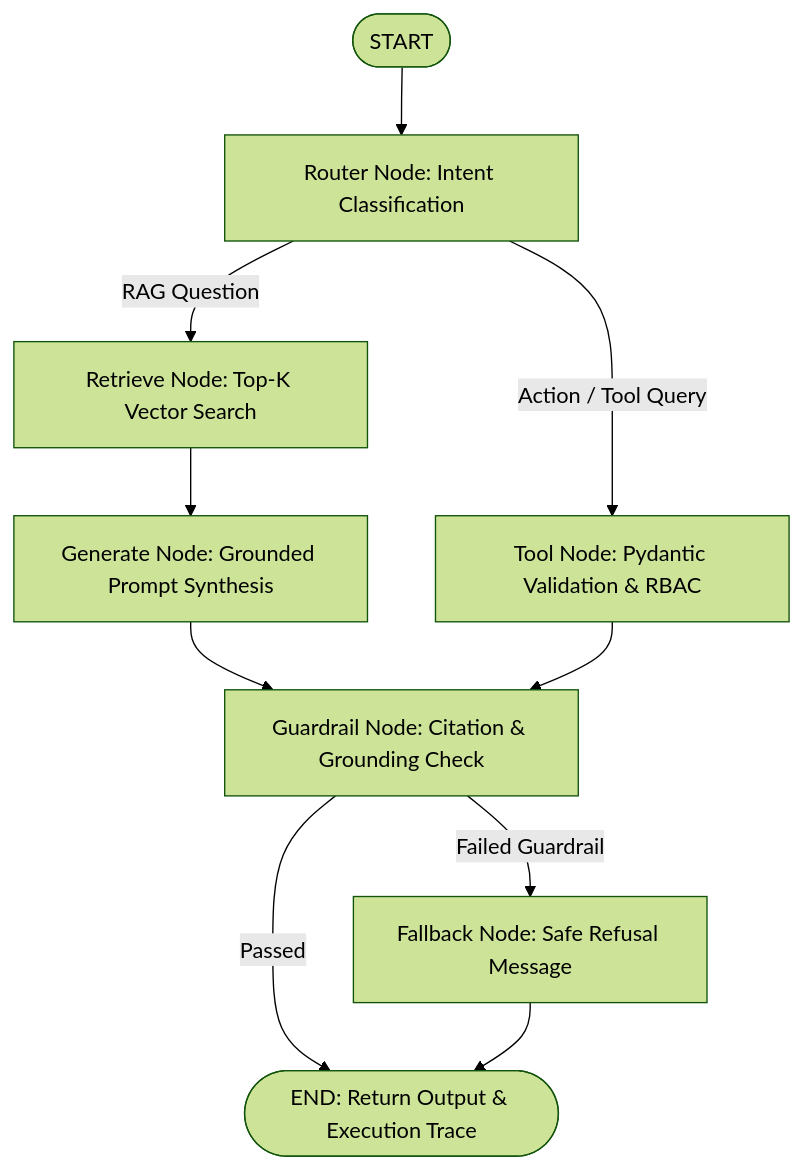
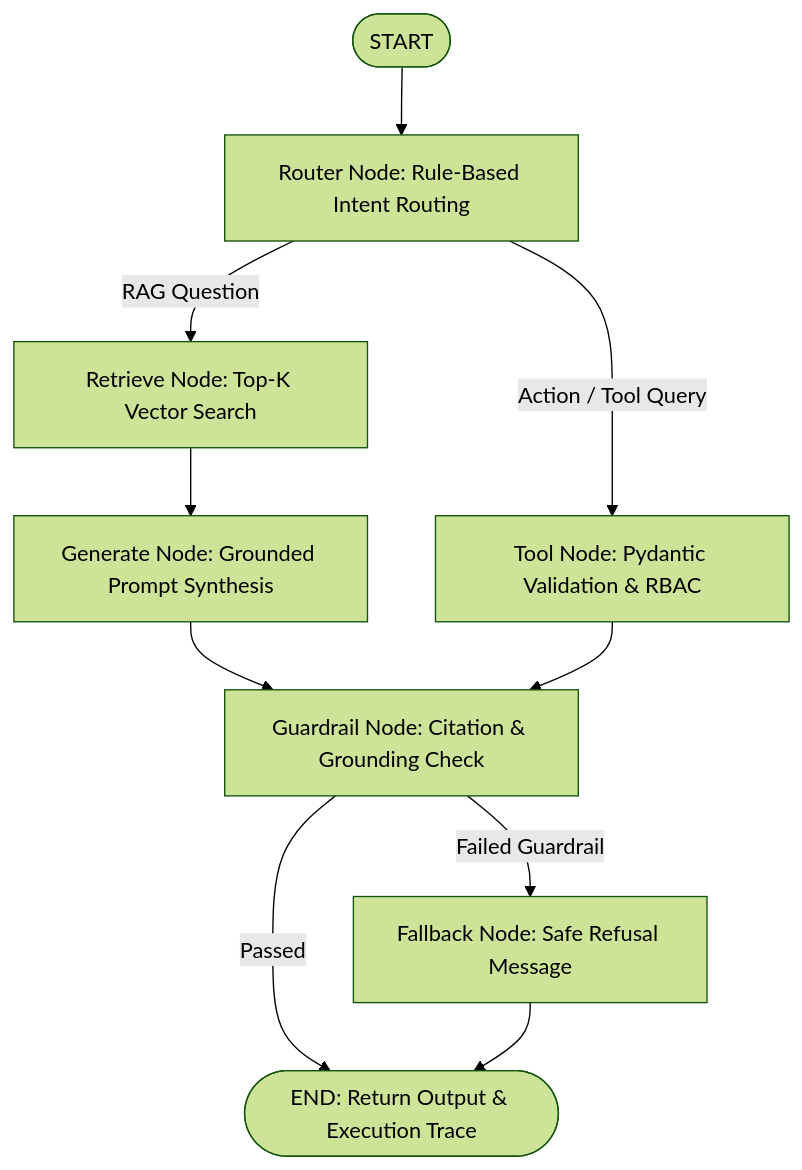
One commit to kamalpraneeth/enterprise-knowledge-intelligence-assistant changed the second of 2 diagrams in README.md. Above: the diagram before and after it, drawn with Mermaid (forest theme). The commit also changed other lines of this file and 5 other files, not shown here.

Commit message:
docs: align scope descriptions to rule-based intent routing, simulated ticket tool, and sensitive-parameter masking

````diff
--- a/README.md
+++ b/README.md
@@ -48,14 +48,14 @@
 ```mermaid
 flowchart TD
-    START([START]) --> Router[Router Node: Intent Classification]
+    START([START]) --> Router[Router Node: Rule-Based Intent Routing]
     Router -->|RAG Question| Retrieve[Retrieve Node: Top-K Vector Search]
     Retrieve --> Generate[Generate Node: Grounded Prompt Synthesis]
     Generate --> Guardrail[Guardrail Node: Citation & Grounding Check]
     
     Router -->|Action / Tool Query| ToolNode[Tool Node: Pydantic Validation & RBAC]
     ToolNode --> Guardrail
     
     Guardrail -->|Passed| EndNode([END: Return Output & Execution Trace])
     Guardrail -->|Failed Guardrail| Fallback[Fallback Node: Safe Refusal Message]
     Fallback --> EndNode
 ```
````
